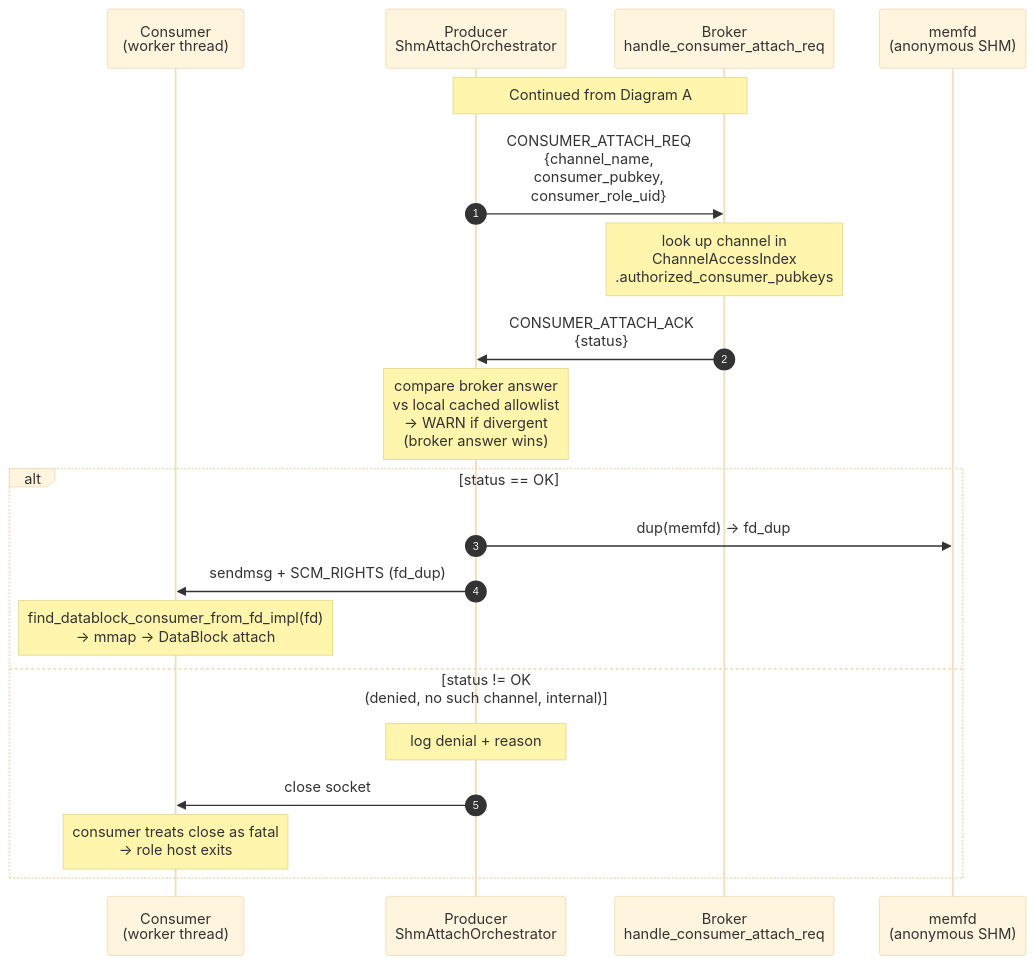
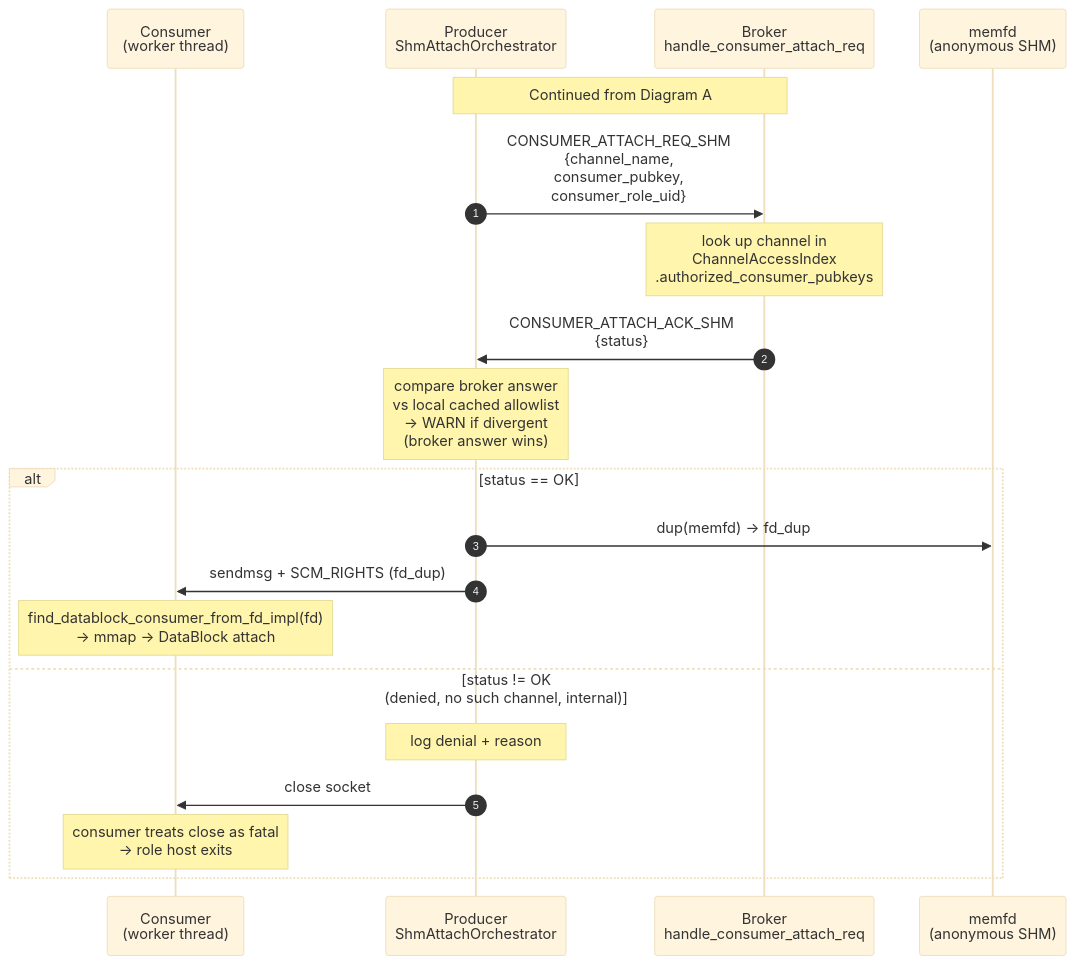
The fifth of 5 diagrams in docs/HEP/HEP-CORE-0041-SHM-Channel-Auth.md (Qing-LAB/pylabhub), drawn with Mermaid (base theme) before and after one commit. The commit also changed other lines of this file and 23 other files, not shown here.

````diff
--- a/docs/HEP/HEP-CORE-0041-SHM-Channel-Auth.md
+++ b/docs/HEP/HEP-CORE-0041-SHM-Channel-Auth.md
@@ -898,25 +898,25 @@
 ```mermaid
 sequenceDiagram
     autonumber
     participant C as Consumer<br/>(worker thread)
     participant P as Producer<br/>ShmAttachOrchestrator
     participant B as Broker<br/>handle_consumer_attach_req
     participant FD as memfd<br/>(anonymous SHM)
 
     Note over P,B: Continued from Diagram A
-    P->>B: CONSUMER_ATTACH_REQ<br/>{channel_name,<br/>consumer_pubkey,<br/>consumer_role_uid}
+    P->>B: CONSUMER_ATTACH_REQ_SHM<br/>{channel_name,<br/>consumer_pubkey,<br/>consumer_role_uid}
     Note over B: look up channel in<br/>ChannelAccessIndex<br/>.authorized_consumer_pubkeys
-    B->>P: CONSUMER_ATTACH_ACK<br/>{status}
+    B->>P: CONSUMER_ATTACH_ACK_SHM<br/>{status}
 
     Note over P: compare broker answer<br/>vs local cached allowlist<br/>→ WARN if divergent<br/>(broker answer wins)
 
     alt status == OK
         P->>FD: dup(memfd) → fd_dup
         P->>C: sendmsg + SCM_RIGHTS (fd_dup)
         Note over C: find_datablock_consumer_from_fd_impl(fd)<br/>→ mmap → DataBlock attach
     else status != OK<br/>(denied, no such channel, internal)
         Note over P: log denial + reason
         P->>C: close socket
         Note over C: consumer treats close as fatal<br/>→ role host exits
     end
 ```
````
